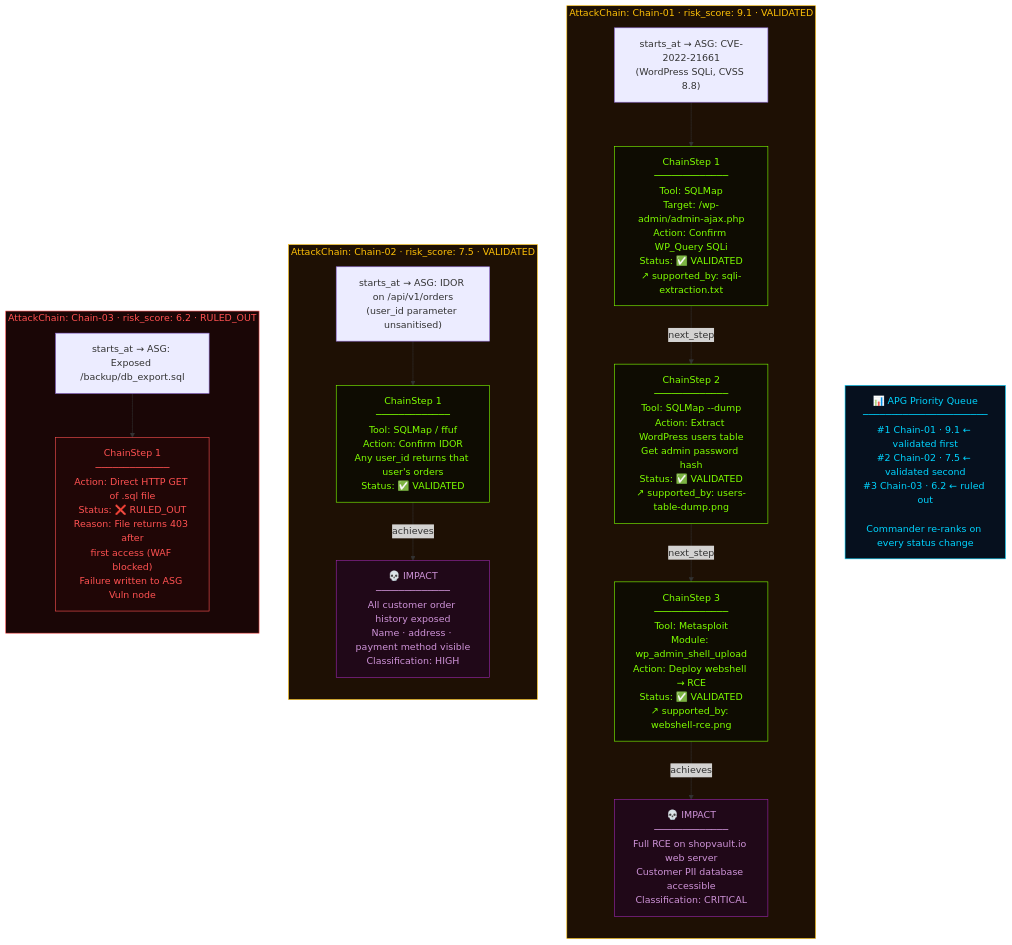
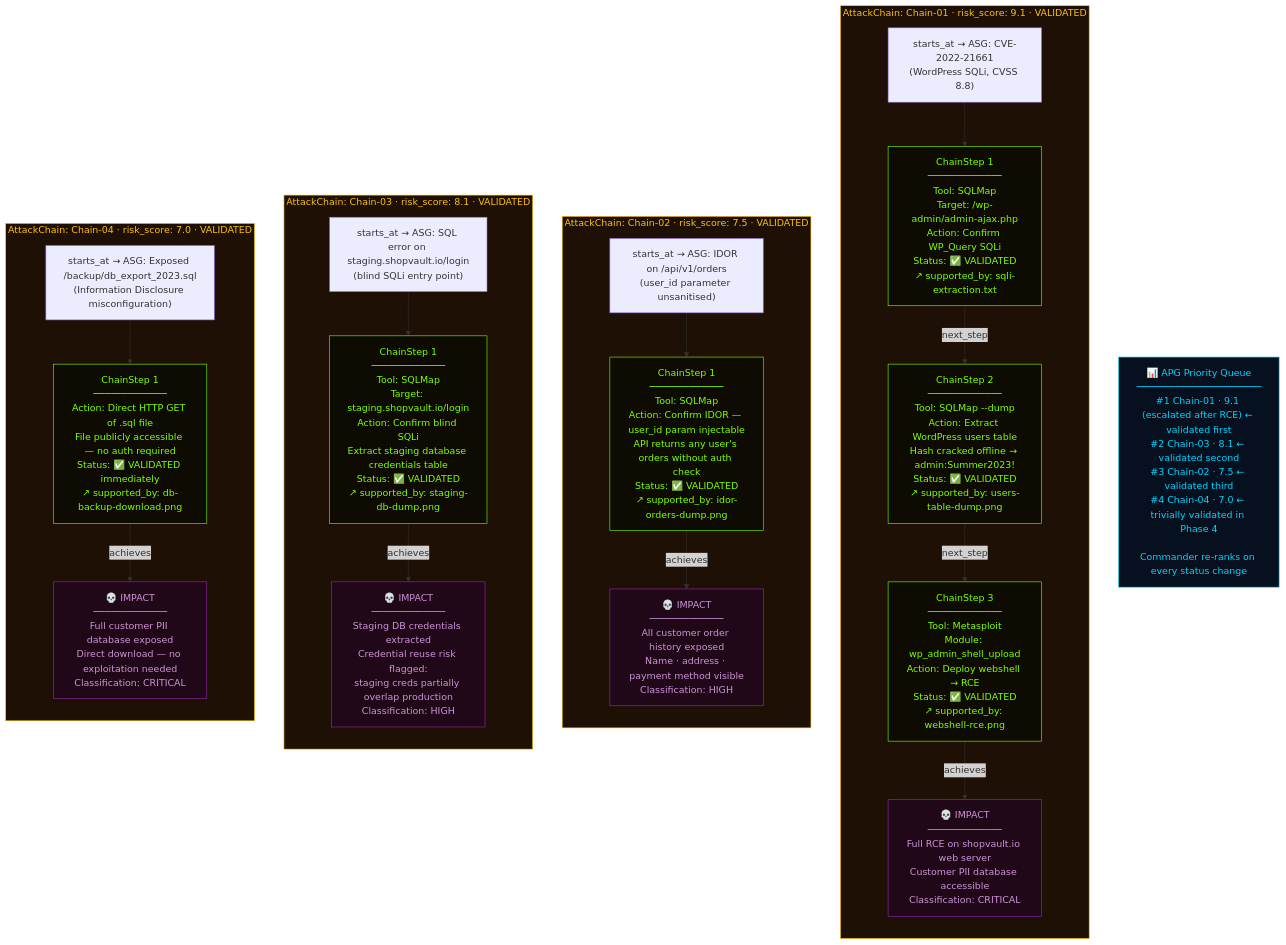
Before and after one commit to nishan-paul-2022/cmatrix-agentic-red-team: the second of 2 diagrams in docs/paper-thesis/ppt/explanation/module-02-dual-graph-model.md, drawn with Mermaid. The commit also changed 3 other files, not shown here.

````diff
--- a/docs/paper-thesis/ppt/explanation/module-02-dual-graph-model.md
+++ b/docs/paper-thesis/ppt/explanation/module-02-dual-graph-model.md
@@ -529,60 +529,80 @@
 ```mermaid
 flowchart TD
     %% ── CHAIN 01 ──────────────────────────────────────────────────
     subgraph C1["AttackChain: Chain-01 · risk_score: 9.1 · VALIDATED"]
         direction TB
         C1S["starts_at → ASG: CVE-2022-21661\n(WordPress SQLi, CVSS 8.8)"]
 
         STEP1["ChainStep 1\n─────────────\nTool: SQLMap\nTarget: /wp-admin/admin-ajax.php\nAction: Confirm WP_Query SQLi\nStatus: ✅ VALIDATED\n↗ supported_by: sqli-extraction.txt"]
 
-        STEP2["ChainStep 2\n─────────────\nTool: SQLMap --dump\nAction: Extract WordPress users table\nGet admin password hash\nStatus: ✅ VALIDATED\n↗ supported_by: users-table-dump.png"]
+        STEP2["ChainStep 2\n─────────────\nTool: SQLMap --dump\nAction: Extract WordPress users table\nHash cracked offline → admin:Summer2023!\nStatus: ✅ VALIDATED\n↗ supported_by: users-table-dump.png"]
 
         STEP3["ChainStep 3\n─────────────\nTool: Metasploit\nModule: wp_admin_shell_upload\nAction: Deploy webshell → RCE\nStatus: ✅ VALIDATED\n↗ supported_by: webshell-rce.png"]
 
         IMP1["💀 IMPACT\n─────────────\nFull RCE on shopvault.io web server\nCustomer PII database accessible\nClassification: CRITICAL"]
 
         C1S --> STEP1
         STEP1 -->|next_step| STEP2
         STEP2 -->|next_step| STEP3
         STEP3 -->|achieves| IMP1
     end
 
     %% ── CHAIN 02 ──────────────────────────────────────────────────
     subgraph C2["AttackChain: Chain-02 · risk_score: 7.5 · VALIDATED"]
         direction TB
         C2S["starts_at → ASG: IDOR on /api/v1/orders\n(user_id parameter unsanitised)"]
 
-        STEP21["ChainStep 1\n─────────────\nTool: SQLMap / ffuf\nAction: Confirm IDOR\nAny user_id returns that user's orders\nStatus: ✅ VALIDATED"]
+        STEP21["ChainStep 1\n─────────────\nTool: SQLMap\nAction: Confirm IDOR — user_id param injectable\nAPI returns any user's orders without auth check\nStatus: ✅ VALIDATED\n↗ supported_by: idor-orders-dump.png"]
 
         IMP2["💀 IMPACT\n─────────────\nAll customer order history exposed\nName · address · payment method visible\nClassification: HIGH"]
 
         C2S --> STEP21
         STEP21 -->|achieves| IMP2
     end
 
-    %% ── CHAIN 03 (RULED OUT) ──────────────────────────────────────
-    subgraph C3["AttackChain: Chain-03 · risk_score: 6.2 · RULED_OUT"]
+    %% ── CHAIN 03 ─────────────────────────────────────────────────
+    subgraph C3["AttackChain: Chain-03 · risk_score: 8.1 · VALIDATED"]
         direction TB
-        C3S["starts_at → ASG: Exposed /backup/db_export.sql"]
+        C3S["starts_at → ASG: SQL error on staging.shopvault.io/login\n(blind SQLi entry point)"]
 
-        STEP31["ChainStep 1\n─────────────\nAction: Direct HTTP GET of .sql file\nStatus: ❌ RULED_OUT\nReason: File returns 403 after\nfirst access (WAF blocked)\nFailure written to ASG Vuln node"]
+        STEP31["ChainStep 1\n─────────────\nTool: SQLMap\nTarget: staging.shopvault.io/login\nAction: Confirm blind SQLi\nExtract staging database credentials table\nStatus: ✅ VALIDATED\n↗ supported_by: staging-db-dump.png"]
+
+        IMP3["💀 IMPACT\n─────────────\nStaging DB credentials extracted\nCredential reuse risk flagged:\nstaging creds partially overlap production\nClassification: HIGH"]
 
         C3S --> STEP31
+        STEP31 -->|achieves| IMP3
+    end
+
+    %% ── CHAIN 04 ─────────────────────────────────────────────────
+    subgraph C4["AttackChain: Chain-04 · risk_score: 7.0 · VALIDATED"]
+        direction TB
+        C4S["starts_at → ASG: Exposed /backup/db_export_2023.sql\n(Information Disclosure misconfiguration)"]
+
+        STEP41["ChainStep 1\n─────────────\nAction: Direct HTTP GET of .sql file\nFile publicly accessible — no auth required\nStatus: ✅ VALIDATED immediately\n↗ supported_by: db-backup-download.png"]
+
+        IMP4["💀 IMPACT\n─────────────\nFull customer PII database exposed\nDirect download — no exploitation needed\nClassification: CRITICAL"]
+
+        C4S --> STEP41
+        STEP41 -->|achieves| IMP4
     end
 
     %% ── PRIORITY RANKING ──────────────────────────────────────────
-    PRIO["📊 APG Priority Queue\n──────────────────────\n#1 Chain-01 · 9.1 ← validated first\n#2 Chain-02 · 7.5 ← validated second\n#3 Chain-03 · 6.2 ← ruled out\n\nCommander re-ranks on every status change"]
+    PRIO["📊 APG Priority Queue\n──────────────────────\n#1 Chain-01 · 9.1 (escalated after RCE) ← validated first\n#2 Chain-03 · 8.1 ← validated second\n#3 Chain-02 · 7.5 ← validated third\n#4 Chain-04 · 7.0 ← trivially validated in Phase 4\n\nCommander re-ranks on every status change"]
 
     %% Styles
     style C1 fill:#1E1004,stroke:#FFC107,color:#FFC107
     style C2 fill:#1E1004,stroke:#FFC107,color:#FFC107
-    style C3 fill:#1A0606,stroke:#FF5252,color:#FF5252
+    style C3 fill:#1E1004,stroke:#FFC107,color:#FFC107
+    style C4 fill:#1E1004,stroke:#FFC107,color:#FFC107
     style STEP1 fill:#0E0C02,stroke:#7FFF00,color:#7FFF00
     style STEP2 fill:#0E0C02,stroke:#7FFF00,color:#7FFF00
     style STEP3 fill:#0E0C02,stroke:#7FFF00,color:#7FFF00
     style IMP1 fill:#200818,stroke:#9C27B0,color:#CE93D8
     style STEP21 fill:#0E0C02,stroke:#7FFF00,color:#7FFF00
     style IMP2 fill:#200818,stroke:#9C27B0,color:#CE93D8
-    style STEP31 fill:#200606,stroke:#FF5252,color:#FF5252
+    style STEP31 fill:#0E0C02,stroke:#7FFF00,color:#7FFF00
+    style IMP3 fill:#200818,stroke:#9C27B0,color:#CE93D8
+    style STEP41 fill:#0E0C02,stroke:#7FFF00,color:#7FFF00
+    style IMP4 fill:#200818,stroke:#9C27B0,color:#CE93D8
     style PRIO fill:#06101E,stroke:#00D4FF,color:#00D4FF
 ```
````
